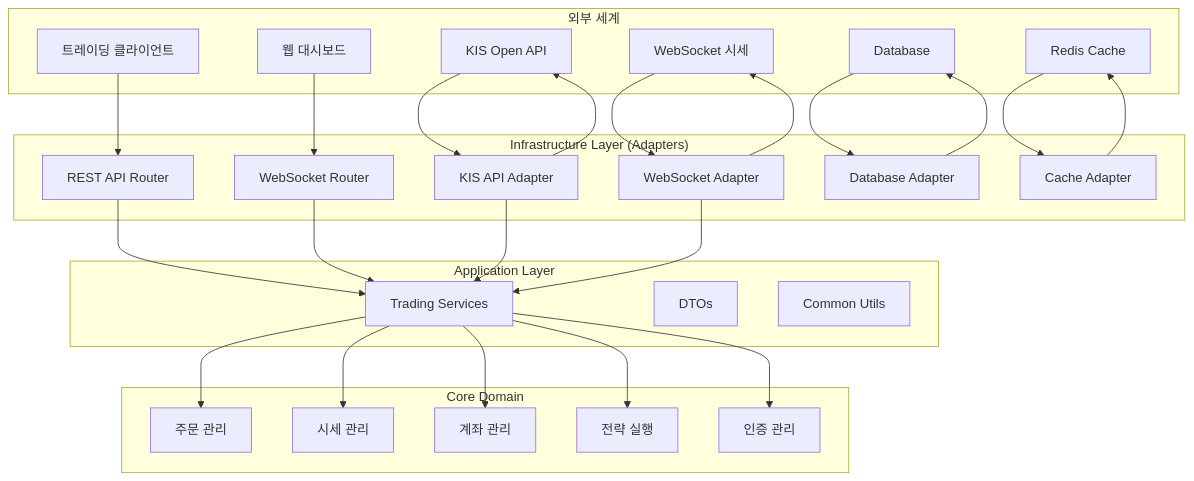
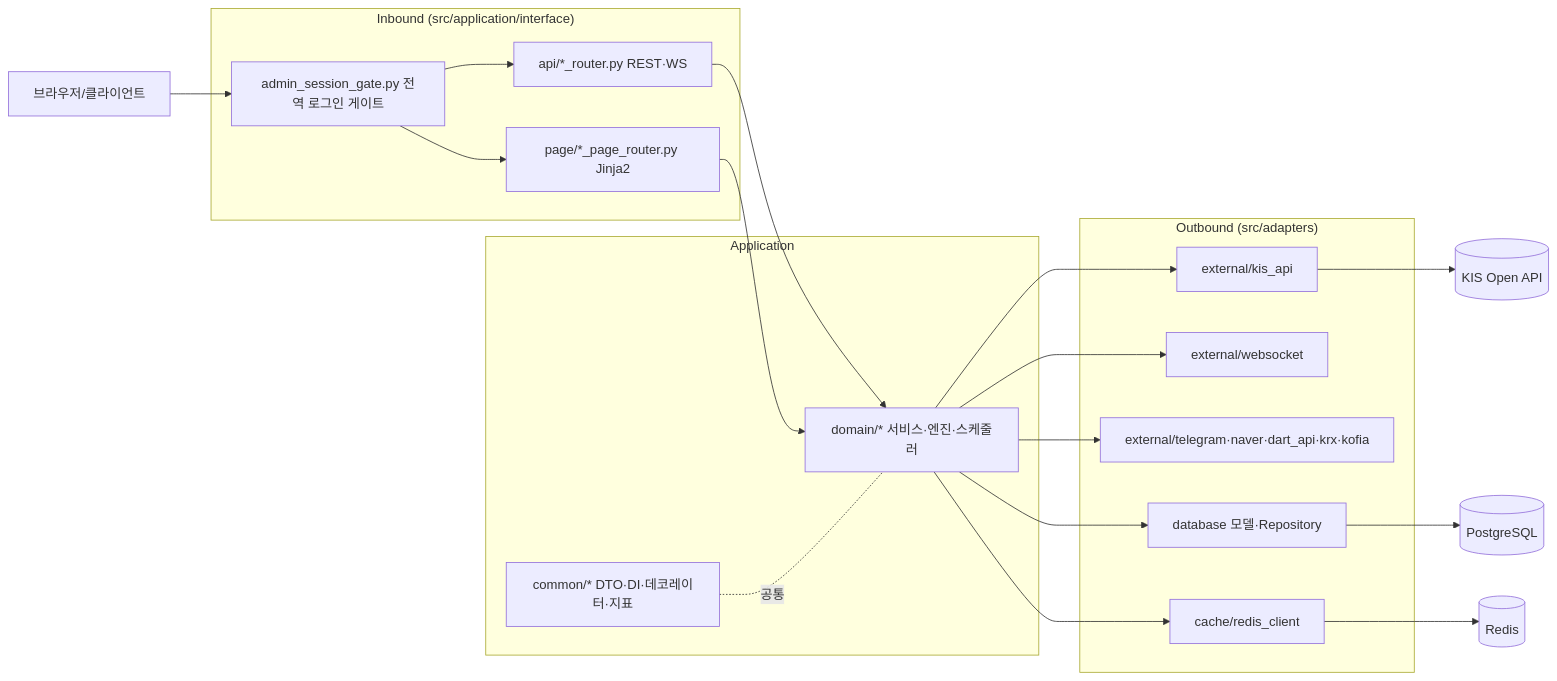
Before and after one commit to isinthesky/envelope-stock-fastapi: the diagram in docs/base/ARCHITECTURE.md, drawn with Mermaid. The commit also changed other lines of this file and 34 other files, not shown here.

````diff
--- a/docs/base/ARCHITECTURE.md
+++ b/docs/base/ARCHITECTURE.md
@@ -22,57 +24,35 @@
 ```mermaid
-graph TB
-    subgraph "외부 세계"
-        A[트레이딩 클라이언트]
-        B[웹 대시보드]
-        C[KIS Open API]
-        D[WebSocket 시세]
-        E[Database]
-        F[Redis Cache]
+graph LR
+    subgraph Inbound["Inbound (src/application/interface)"]
+        G[api/*_router.py REST·WS]
+        H[page/*_page_router.py Jinja2]
+        GATE[admin_session_gate.py 전역 로그인 게이트]
     end
 
-    subgraph "Infrastructure Layer (Adapters)"
-        G[REST API Router]
-        H[WebSocket Router]
-        I[KIS API Adapter]
-        J[WebSocket Adapter]
-        K[Database Adapter]
-        L[Cache Adapter]
+    subgraph App["Application"]
+        D[domain/* 서비스·엔진·스케줄러]
+        C[common/* DTO·DI·데코레이터·지표]
     end
 
-    subgraph "Application Layer"
-        M[Trading Services]
-        N[DTOs]
-        O[Common Utils]
+    subgraph Outbound["Outbound (src/adapters)"]
+        I[external/kis_api]
+        J[external/websocket]
+        T[external/telegram·naver·dart_api·krx·kofia]
+        K[database 모델·Repository]
+        L[cache/redis_client]
     end
 
-    subgraph "Core Domain"
-        P[주문 관리]
-        Q[시세 관리]
-        R[계좌 관리]
-        S[전략 실행]
-        T[인증 관리]
-    end
-
-    A --> G
-    B --> H
-    C --> I
+    U[브라우저/클라이언트] --> GATE --> G
+    GATE --> H
+    G --> D
+    H --> D
+    D --> I
     D --> J
-    E --> K
-    F --> L
-
-    G --> M
-    H --> M
-    I --> M
-    J --> M
-
-    M --> P
-    M --> Q
-    M --> R
-    M --> S
-    M --> T
-
-    K --> E
-    L --> F
-    I --> C
-    J --> D
+    D --> T
+    D --> K
+    D --> L
+    C -.공통.- D
+    I --> KIS[(KIS Open API)]
+    K --> PG[(PostgreSQL)]
+    L --> RD[(Redis)]
 ```
````
